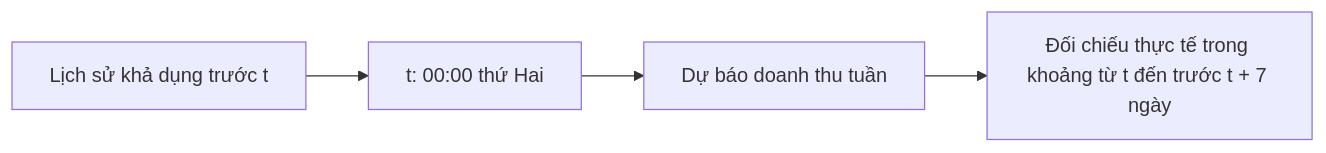
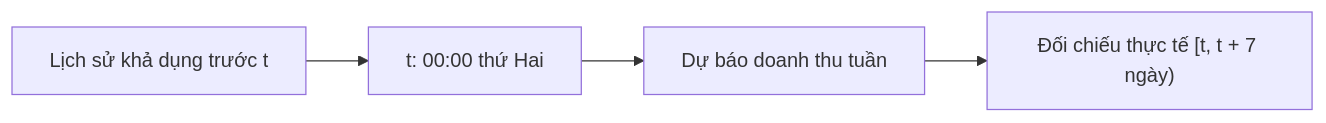
Before and after one commit to iamtien77/sales_predictor: the first of 2 diagrams in docs/algorithms/design.md, drawn with Mermaid. The commit also changed other lines of this file and 17 other files, not shown here.

````diff
--- a/docs/algorithms/design.md
+++ b/docs/algorithms/design.md
@@ -127,6 +78,6 @@
 ```mermaid
 flowchart LR
     H["Lịch sử khả dụng trước t"] --> O["t: 00:00 thứ Hai"]
     O --> P["Dự báo doanh thu tuần"]
-    P --> Y["Đối chiếu thực tế trong khoảng từ t đến trước t + 7 ngày"]
+    P --> Y["Đối chiếu thực tế [t, t + 7 ngày)"]
 ```
````
